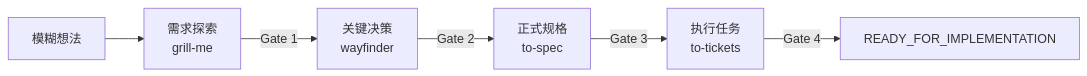
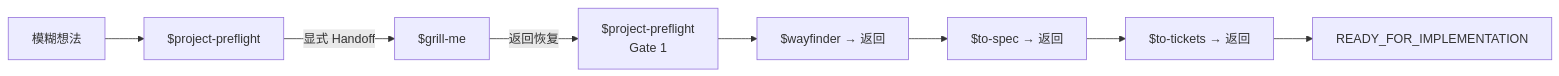
Before and after one commit to NaCr05/project-preflight: the diagram in README.zh-CN.md, drawn with Mermaid. The commit also changed other lines of this file and 42 other files, not shown here.

````diff
--- a/README.zh-CN.md
+++ b/README.zh-CN.md
@@ -11,8 +11,10 @@
 ```mermaid
 flowchart LR
-    A["模糊想法"] --> B["需求探索<br/>grill-me"]
-    B -->|"Gate 1"| C["关键决策<br/>wayfinder"]
-    C -->|"Gate 2"| D["正式规格<br/>to-spec"]
-    D -->|"Gate 3"| E["执行任务<br/>to-tickets"]
-    E -->|"Gate 4"| F["READY_FOR_IMPLEMENTATION"]
+    A["模糊想法"] --> P1["$project-preflight"]
+    P1 -->|"显式 Handoff"| B["$grill-me"]
+    B -->|"返回恢复"| P2["$project-preflight<br/>Gate 1"]
+    P2 --> C["$wayfinder → 返回"]
+    C --> D["$to-spec → 返回"]
+    D --> E["$to-tickets → 返回"]
+    E --> F["READY_FOR_IMPLEMENTATION"]
 ```
````
